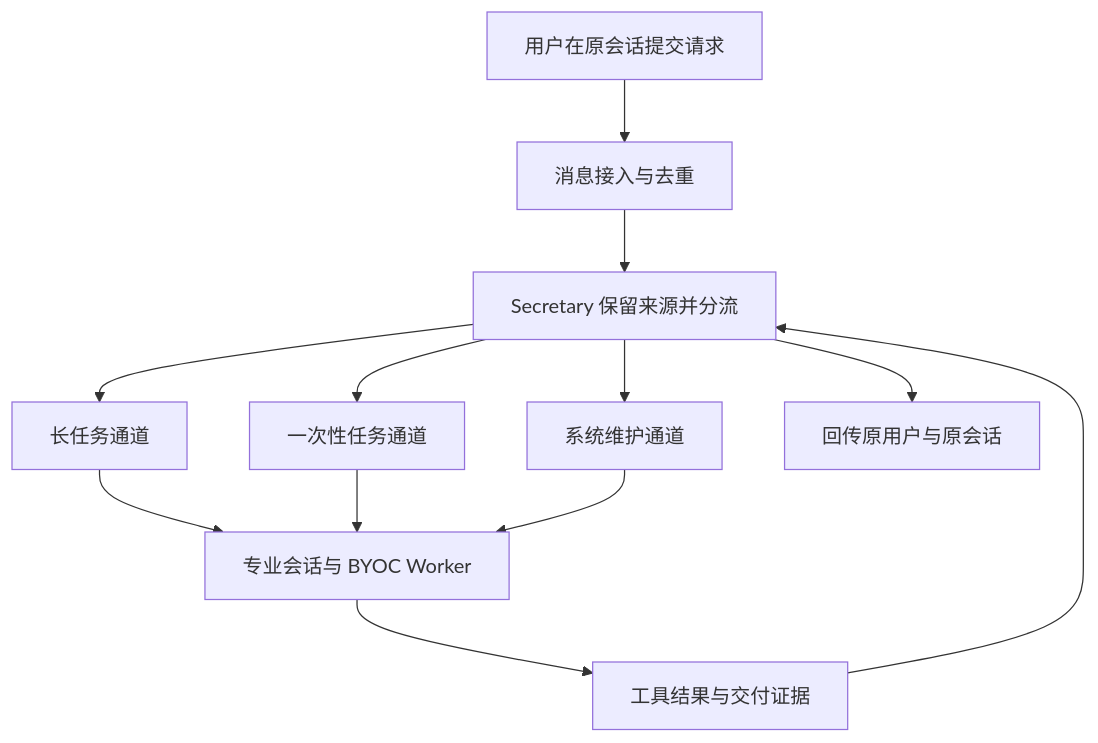
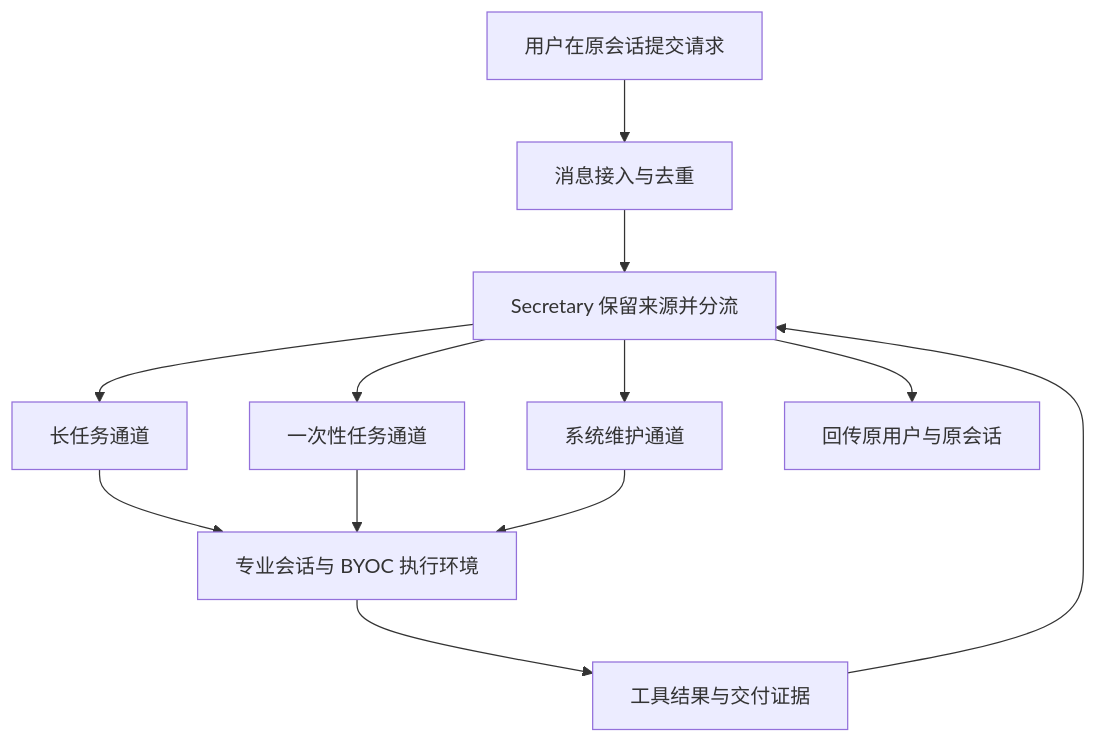
One commit to hellomypastor/cloud-agents-cookbook changed the diagram in content/zh-CN/showcases/delivery-bot/index.md. Above: the diagram before and after it, drawn with Mermaid. The commit also changed other lines of this file and 34 other files, not shown here.

````diff
--- a/content/zh-CN/showcases/delivery-bot/index.md
+++ b/content/zh-CN/showcases/delivery-bot/index.md
@@ -44,14 +44,14 @@
 ```mermaid
 flowchart TD
   U[用户在原会话提交请求] --> A[消息接入与去重]
   A --> S[Secretary 保留来源并分流]
   S --> L[长任务通道]
   S --> O[一次性任务通道]
   S --> M[系统维护通道]
-  L --> W[专业会话与 BYOC Worker]
+  L --> W[专业会话与 BYOC 执行环境]
   O --> W
   M --> W
   W --> E[工具结果与交付证据]
   E --> S
   S --> R[回传原用户与原会话]
 ```
````
